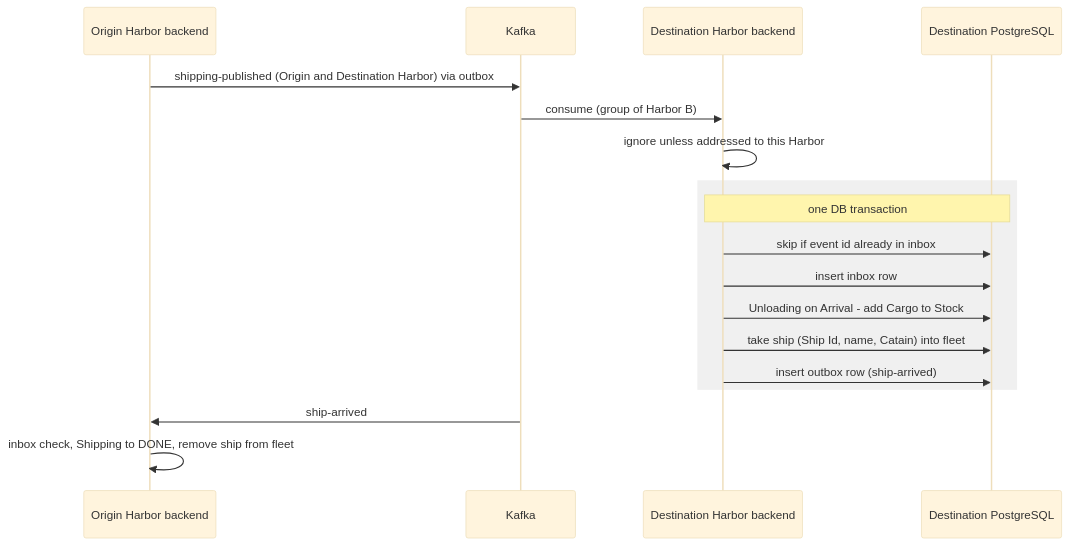
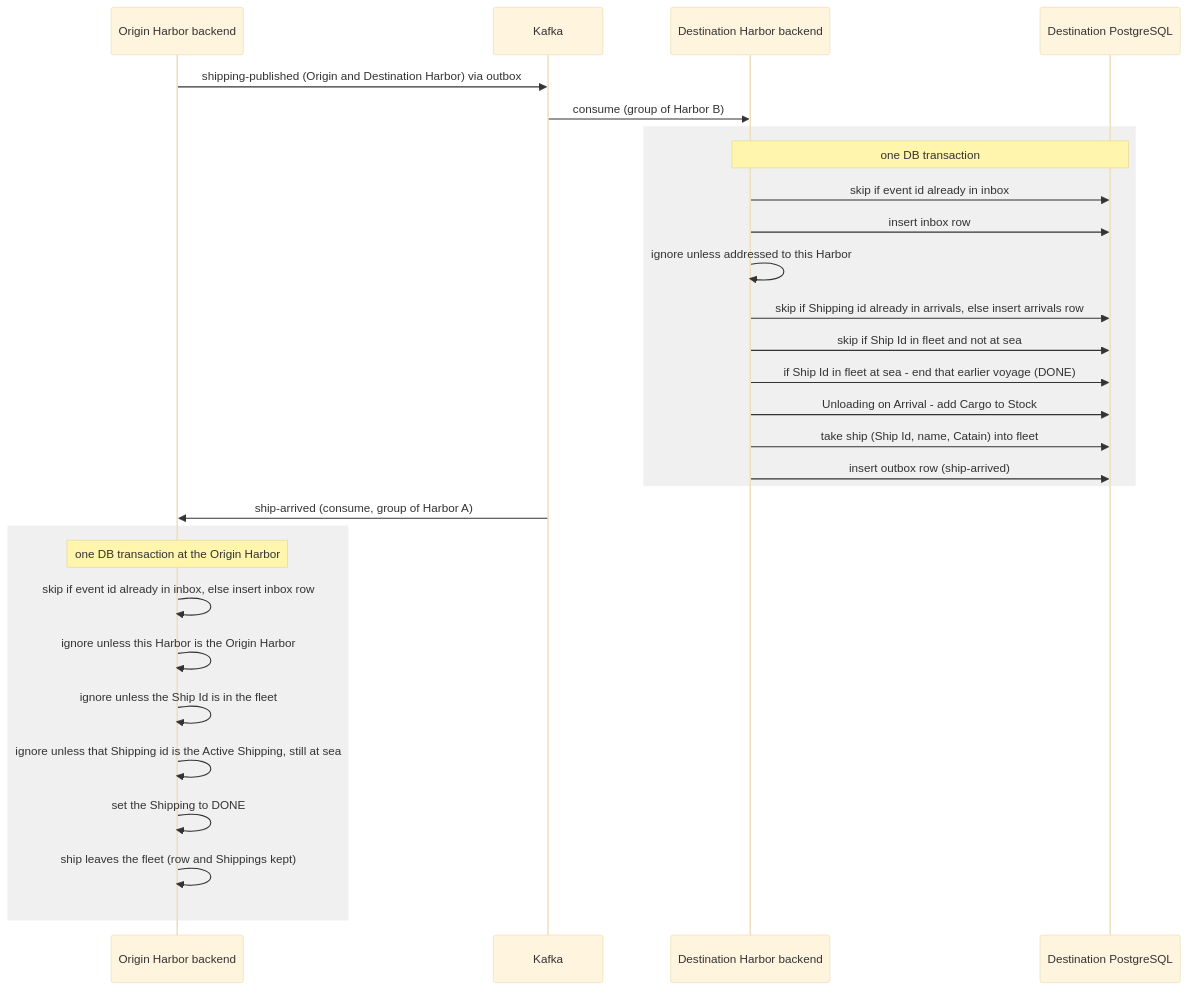
Before and after one commit to maurizio100/ddd-ship: the fourth of 6 diagrams in docs/arc42/06-runtime.md, drawn with Mermaid (base theme). The commit also changed other lines of this file and 249 other files, not shown here.

````diff
--- a/docs/arc42/06-runtime.md
+++ b/docs/arc42/06-runtime.md
@@ -75,20 +90,31 @@
 ```mermaid
 sequenceDiagram
     participant A as Origin Harbor backend
     participant K as Kafka
     participant B as Destination Harbor backend
     participant DBB as Destination PostgreSQL
     A->>K: shipping-published (Origin and Destination Harbor) via outbox
     K->>B: consume (group of Harbor B)
-    B->>B: ignore unless addressed to this Harbor
     rect rgb(240,240,240)
     Note over B,DBB: one DB transaction
     B->>DBB: skip if event id already in inbox
     B->>DBB: insert inbox row
+    B->>B: ignore unless addressed to this Harbor
+    B->>DBB: skip if Shipping id already in arrivals, else insert arrivals row
+    B->>DBB: skip if Ship Id in fleet and not at sea
+    B->>DBB: if Ship Id in fleet at sea - end that earlier voyage (DONE)
     B->>DBB: Unloading on Arrival - add Cargo to Stock
     B->>DBB: take ship (Ship Id, name, Catain) into fleet
     B->>DBB: insert outbox row (ship-arrived)
     end
-    K->>A: ship-arrived
-    A->>A: inbox check, Shipping to DONE, remove ship from fleet
+    K->>A: ship-arrived (consume, group of Harbor A)
+    rect rgb(240,240,240)
+    Note over A: one DB transaction at the Origin Harbor
+    A->>A: skip if event id already in inbox, else insert inbox row
+    A->>A: ignore unless this Harbor is the Origin Harbor
+    A->>A: ignore unless the Ship Id is in the fleet
+    A->>A: ignore unless that Shipping id is the Active Shipping, still at sea
+    A->>A: set the Shipping to DONE
+    A->>A: ship leaves the fleet (row and Shippings kept)
+    end
 ```
````
